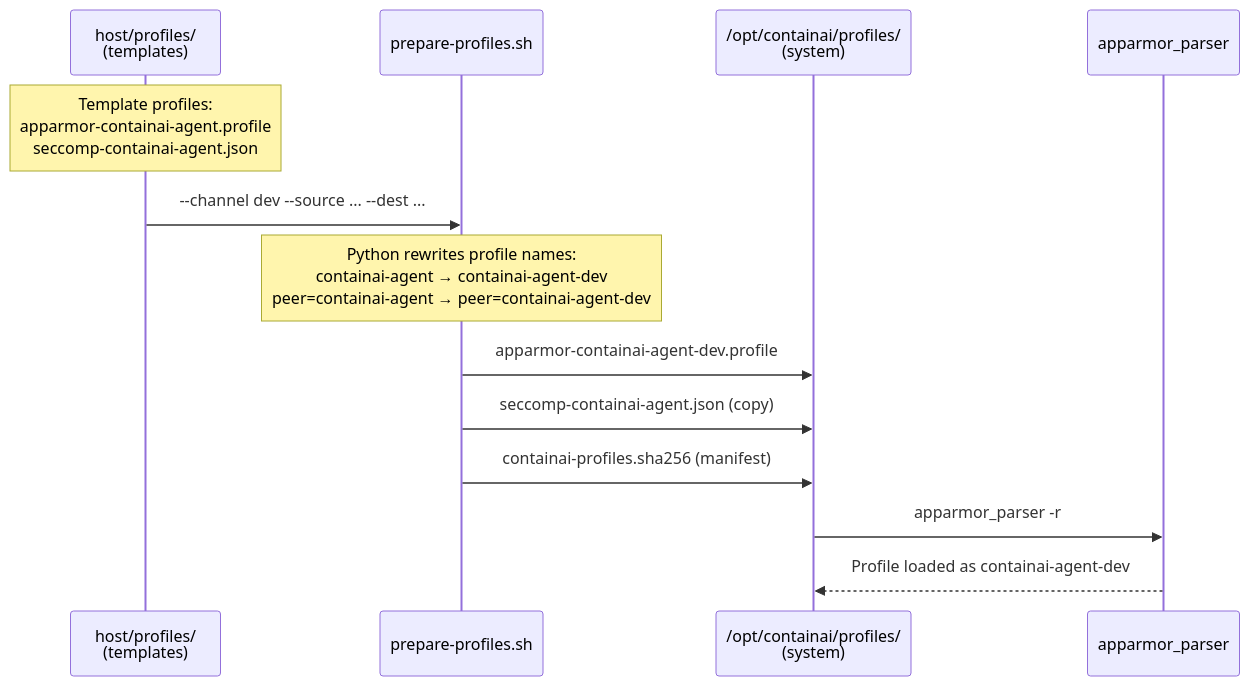
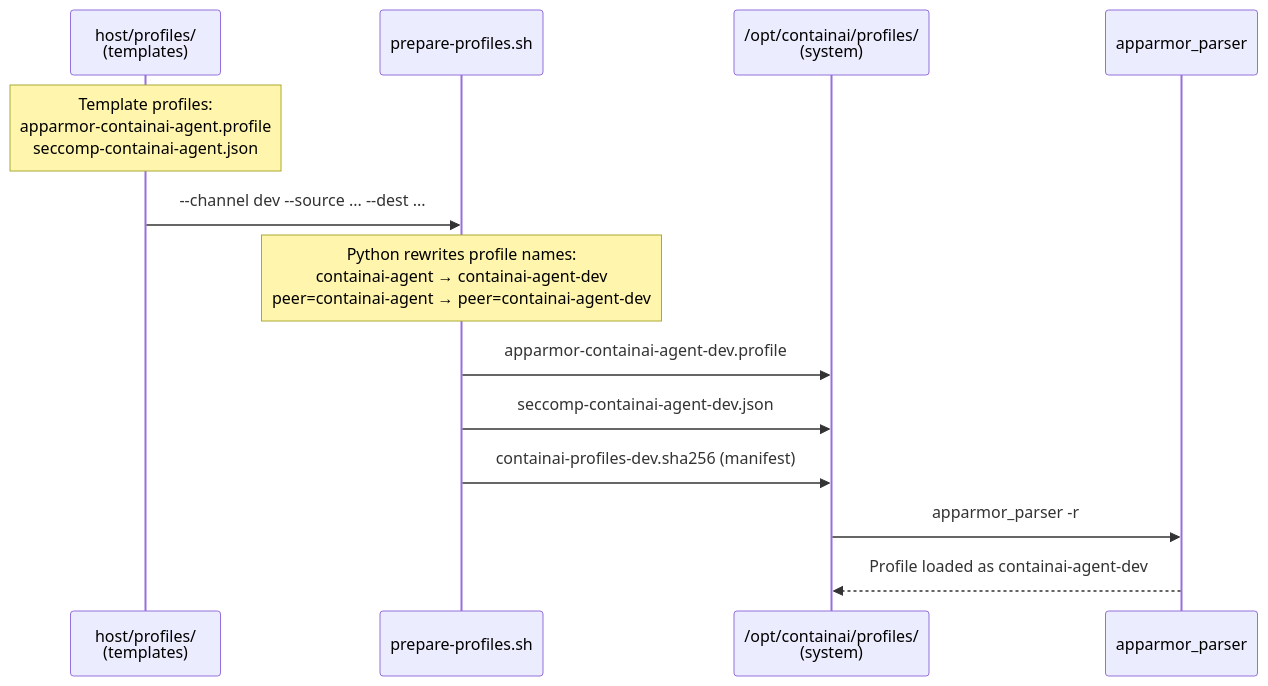
One commit to novotnyllc/ContainAI changed the ninth of 10 diagrams in docs/development/build-architecture.md. Above: the diagram before and after it, drawn with Mermaid. The commit also changed other lines of this file and 13 other files, not shown here.

````diff
--- a/docs/development/build-architecture.md
+++ b/docs/development/build-architecture.md
@@ -602,20 +602,20 @@
 ```mermaid
 sequenceDiagram
     participant Source as host/profiles/<br/>(templates)
     participant Prepare as prepare-profiles.sh
     participant Dest as /opt/containai/profiles/<br/>(system)
     participant AppArmor as apparmor_parser
 
     Note over Source: Template profiles:<br/>apparmor-containai-agent.profile<br/>seccomp-containai-agent.json
 
     Source->>Prepare: --channel dev --source ... --dest ...
     
     Note over Prepare: Python rewrites profile names:<br/>containai-agent → containai-agent-dev<br/>peer=containai-agent → peer=containai-agent-dev
     
     Prepare->>Dest: apparmor-containai-agent-dev.profile
-    Prepare->>Dest: seccomp-containai-agent.json (copy)
-    Prepare->>Dest: containai-profiles.sha256 (manifest)
+    Prepare->>Dest: seccomp-containai-agent-dev.json
+    Prepare->>Dest: containai-profiles-dev.sha256 (manifest)
     
     Dest->>AppArmor: apparmor_parser -r
     AppArmor-->>Dest: Profile loaded as containai-agent-dev
 ```
````
